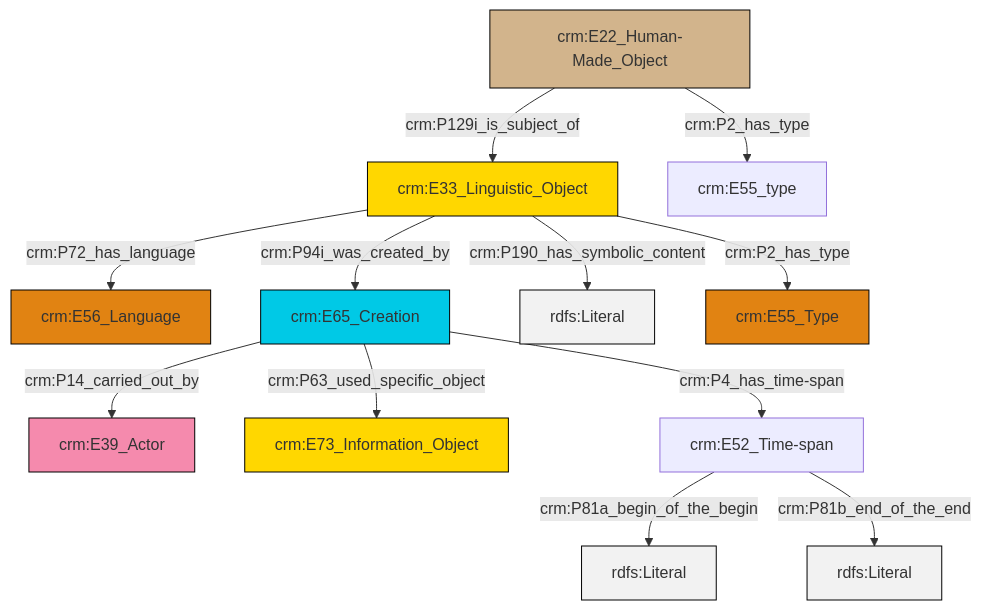
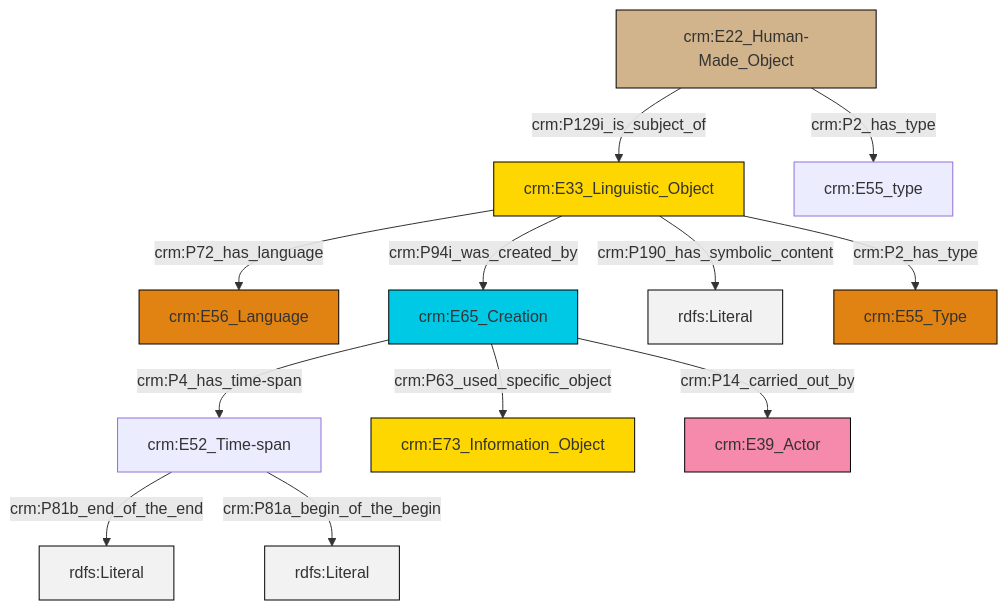
One commit to swiss-art-research-net/docs.swissartresearch changed the diagram in et/artworkCSV/ttl/mmd/Artwork_Description.ttl.mmd. Above: the diagram before and after it, drawn with Mermaid. The commit also changed 181 other files, not shown here.

```diff
--- a/et/artworkCSV/ttl/mmd/Artwork_Description.ttl.mmd
+++ b/et/artworkCSV/ttl/mmd/Artwork_Description.ttl.mmd
@@ -1,26 +1,26 @@
 graph TD
 classDef Literal fill:#f2f2f2,stroke:#000000;
 classDef CRM_Entity fill:#FFFFFF,stroke:#000000;
 classDef Temporal_Entity fill:#00C9E6, stroke:#000000;
 classDef Type fill:#E18312, stroke:#000000;
 classDef Time-Span fill:#2C9C91, stroke:#000000;
 classDef Appellation fill:#FFEB7F, stroke:#000000;
 classDef Place fill:#008836, stroke:#000000;
 classDef Persistent_Item fill:#B266B2, stroke:#000000;
 classDef Conceptual_Object fill:#FFD700, stroke:#000000;
 classDef Physical_Thing fill:#D2B48C, stroke:#000000;
 classDef Actor fill:#f58aad, stroke:#000000;
 classDef PC_Classes fill:#4ce600, stroke:#000000;
 classDef Multi fill:#cccccc,stroke:#000000;
 
-2["crm:E22_Human-Made_Object"]:::Physical_Thing -->|crm:P129i_is_subject_of| 3["crm:E33_Linguistic_Object"]:::Conceptual_Object
-4["crm:E65_Creation"]:::Temporal_Entity -->|crm:P14_carried_out_by| 5["crm:E39_Actor"]:::Actor
-4["crm:E65_Creation"]:::Temporal_Entity -->|crm:P63_used_specific_object| 6["crm:E73_Information_Object"]:::Conceptual_Object
-8["crm:E52_Time-span"]:::Default -->|crm:P81a_begin_of_the_begin| 9[rdfs:Literal]:::Literal
-2["crm:E22_Human-Made_Object"]:::Physical_Thing -->|crm:P2_has_type| 10["crm:E55_type"]:::Default
-3["crm:E33_Linguistic_Object"]:::Conceptual_Object -->|crm:P190_has_symbolic_content| 12[rdfs:Literal]:::Literal
-3["crm:E33_Linguistic_Object"]:::Conceptual_Object -->|crm:P2_has_type| 16["crm:E55_Type"]:::Type
-3["crm:E33_Linguistic_Object"]:::Conceptual_Object -->|crm:P72_has_language| 0["crm:E56_Language"]:::Type
-3["crm:E33_Linguistic_Object"]:::Conceptual_Object -->|crm:P94i_was_created_by| 4["crm:E65_Creation"]:::Temporal_Entity
-4["crm:E65_Creation"]:::Temporal_Entity -->|crm:P4_has_time-span| 8["crm:E52_Time-span"]:::Default
-8["crm:E52_Time-span"]:::Default -->|crm:P81b_end_of_the_end| 20[rdfs:Literal]:::Literal
+4["crm:E65_Creation"]:::Temporal_Entity -->|crm:P63_used_specific_object| 5["crm:E73_Information_Object"]:::Conceptual_Object
+6["crm:E33_Linguistic_Object"]:::Conceptual_Object -->|crm:P190_has_symbolic_content| 7[rdfs:Literal]:::Literal
+8["crm:E22_Human-Made_Object"]:::Physical_Thing -->|crm:P2_has_type| 9["crm:E55_type"]:::Default
+4["crm:E65_Creation"]:::Temporal_Entity -->|crm:P14_carried_out_by| 11["crm:E39_Actor"]:::Actor
+0["crm:E52_Time-span"]:::Default -->|crm:P81b_end_of_the_end| 13[rdfs:Literal]:::Literal
+8["crm:E22_Human-Made_Object"]:::Physical_Thing -->|crm:P129i_is_subject_of| 6["crm:E33_Linguistic_Object"]:::Conceptual_Object
+4["crm:E65_Creation"]:::Temporal_Entity -->|crm:P4_has_time-span| 0["crm:E52_Time-span"]:::Default
+6["crm:E33_Linguistic_Object"]:::Conceptual_Object -->|crm:P72_has_language| 2["crm:E56_Language"]:::Type
+6["crm:E33_Linguistic_Object"]:::Conceptual_Object -->|crm:P94i_was_created_by| 4["crm:E65_Creation"]:::Temporal_Entity
+6["crm:E33_Linguistic_Object"]:::Conceptual_Object -->|crm:P2_has_type| 14["crm:E55_Type"]:::Type
+0["crm:E52_Time-span"]:::Default -->|crm:P81a_begin_of_the_begin| 20[rdfs:Literal]:::Literal
```
